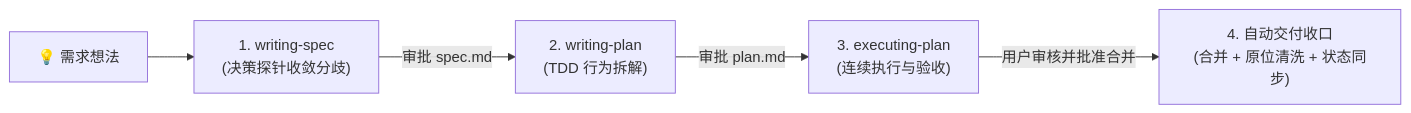
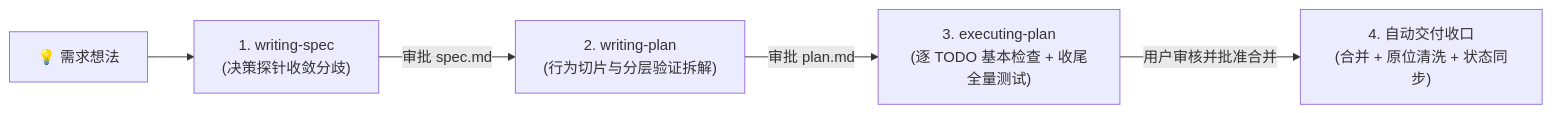
One commit to ccasJay/LazySpec changed the diagram in README.md. Above: the diagram before and after it, drawn with Mermaid. The commit also changed other lines of this file and 9 other files, not shown here.

````diff
--- a/README.md
+++ b/README.md
@@ -21,7 +21,7 @@
 ```mermaid
 flowchart LR
     A["💡 需求想法"] --> B["1. writing-spec<br/>(决策探针收敛分歧)"]
-    B -->|审批 spec.md| C["2. writing-plan<br/>(TDD 行为拆解)"]
-    C -->|审批 plan.md| D["3. executing-plan<br/>(连续执行与验收)"]
+    B -->|审批 spec.md| C["2. writing-plan<br/>(行为切片与分层验证拆解)"]
+    C -->|审批 plan.md| D["3. executing-plan<br/>(逐 TODO 基本检查 + 收尾全量测试)"]
     D -->|用户审核并批准合并| E["4. 自动交付收口<br/>(合并 + 原位清洗 + 状态同步)"]
 ```
````
